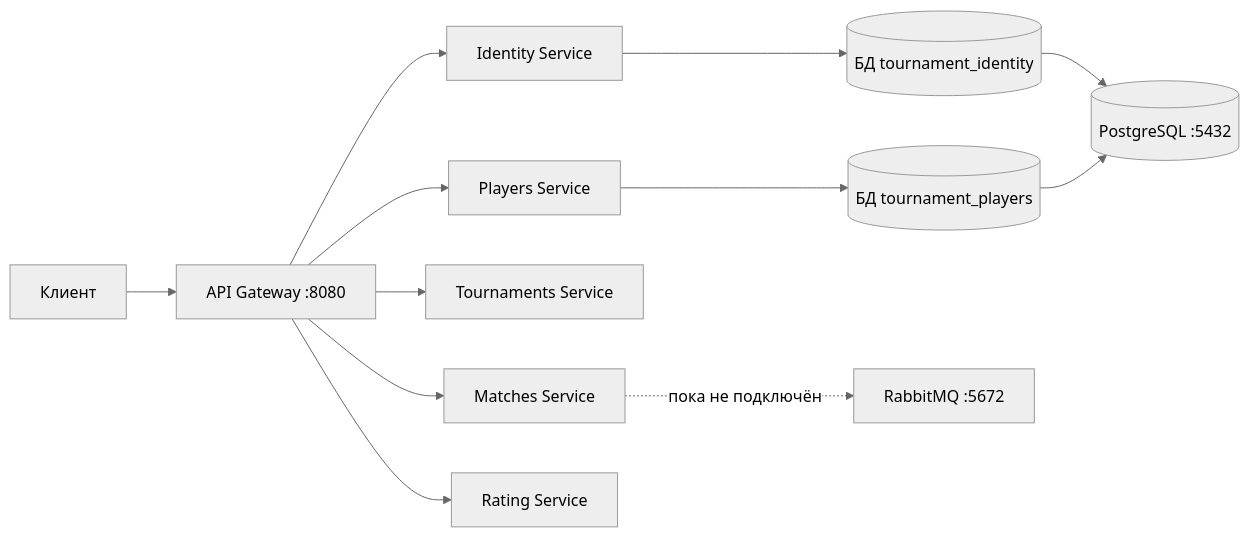
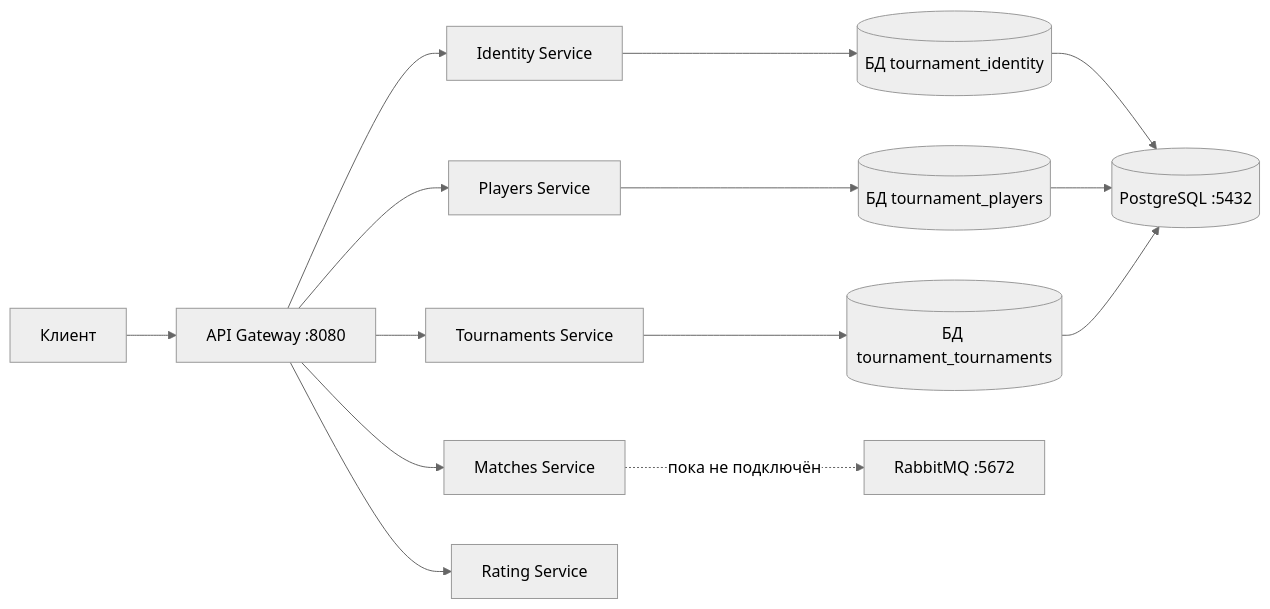
Before and after one commit to Neyvk/TournamentPlatform: the diagram in README.md, drawn with Mermaid (neutral theme). The commit also changed other lines of this file and 7 other files, not shown here.

Commit message:
feat(tournaments): add tournament creation

````diff
--- a/README.md
+++ b/README.md
@@ -17,14 +17,16 @@
 ```mermaid
 flowchart LR
     Client[Клиент] --> Gateway[API Gateway :8080]
     Gateway --> Identity[Identity Service]
     Gateway --> Players[Players Service]
     Gateway --> Tournaments[Tournaments Service]
     Gateway --> Matches[Matches Service]
     Gateway --> Rating[Rating Service]
     Identity --> IdentityDB[(БД tournament_identity)]
     Players --> PlayersDB[(БД tournament_players)]
+    Tournaments --> TournamentsDB[(БД tournament_tournaments)]
     IdentityDB --> DB[(PostgreSQL :5432)]
     PlayersDB --> DB
+    TournamentsDB --> DB
     Matches -. пока не подключён .-> MQ[RabbitMQ :5672]
 ```
````
